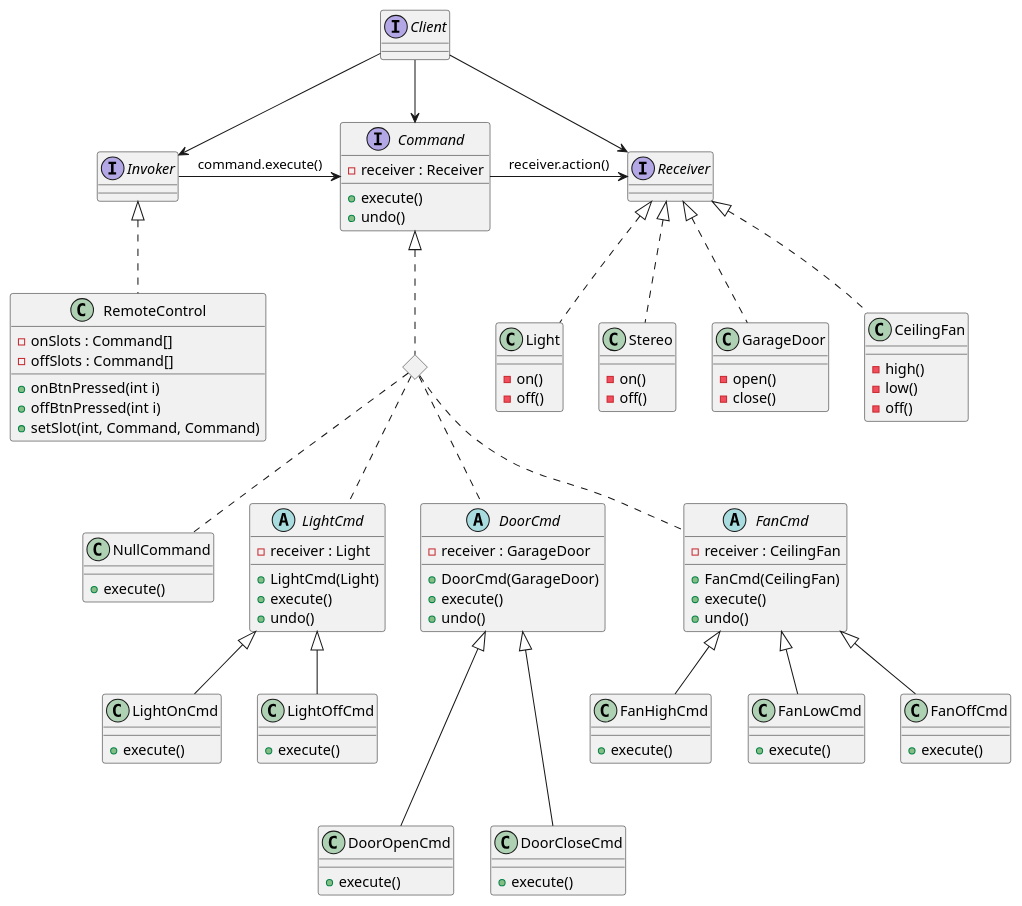
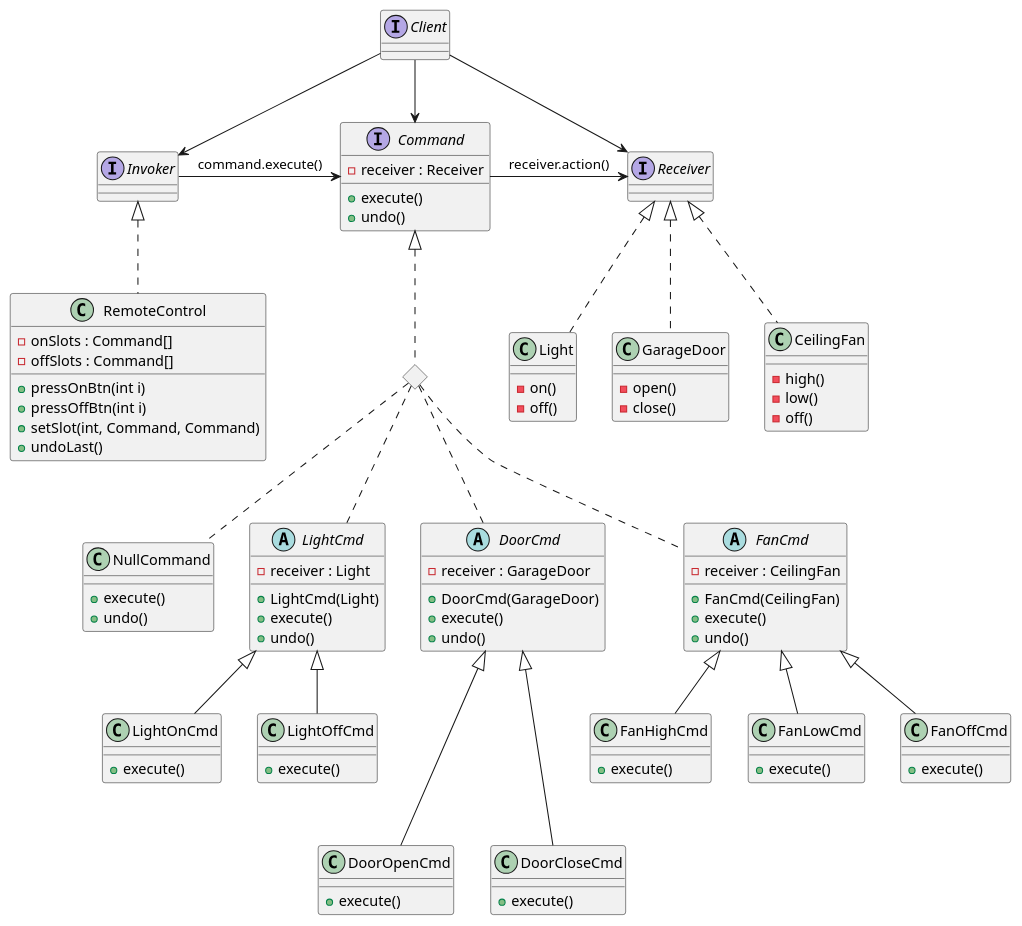
The diagram in 06_command_pattern/README.md (alesgenova/design-patterns), drawn with PlantUML before and after one commit. The commit also changed 5 other files, not shown here.

Commit message:
finished implementing all the concrete Command classes for this example. Improved the class diagram a little

```diff
--- a/06_command_pattern/README.md
+++ b/06_command_pattern/README.md
@@ -28,17 +29,13 @@
 Class RemoteControl{
   - onSlots : Command[]
   - offSlots : Command[]
-  + onBtnPressed(int i)
-  + offBtnPressed(int i)
+  + pressOnBtn(int i)
+  + pressOffBtn(int i)
   + setSlot(int, Command, Command)
+  + undoLast()
 }
 
 Class Light{
-  - on()
-  - off()
-}
-
-Class Stereo{
   - on()
   - off()
 }
@@ -56,6 +53,7 @@
 
 Class NullCommand{
   +execute()
+  +undo()
 }
 
 Abstract LightCmd{
@@ -120,7 +118,6 @@
 Invoker <|.. RemoteControl
 
 Receiver <|.. Light
-Receiver <|.. Stereo
 Receiver <|.. GarageDoor
 Receiver <|.. CeilingFan
 
```
